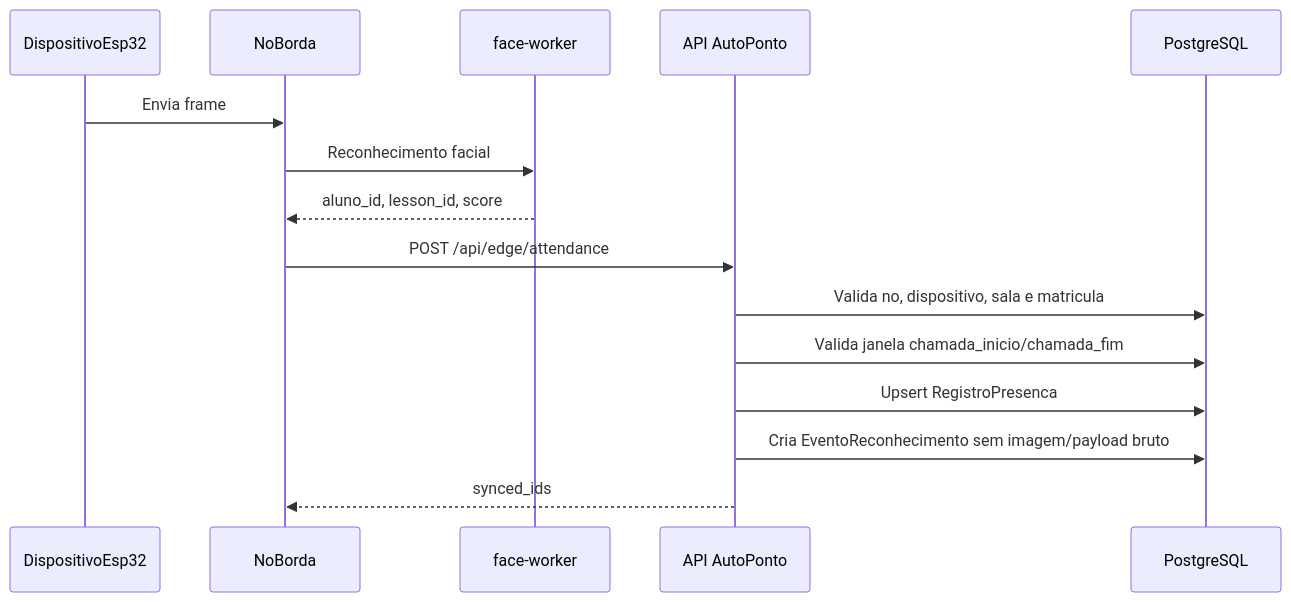
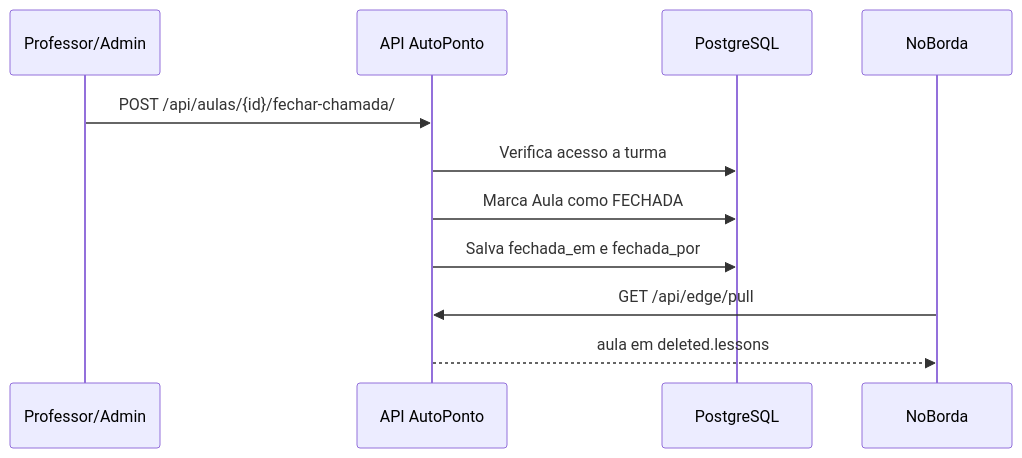
Before and after one commit to DanielKGM/autoponto: the seventh of 11 diagrams in autoponto-backend/docs/diagramas-tcc.md, drawn with Mermaid. The commit also changed other lines of this file and 42 other files, not shown here.

````diff
--- a/autoponto-backend/docs/diagramas-tcc.md
+++ b/autoponto-backend/docs/diagramas-tcc.md
@@ -223,18 +145,14 @@
 ```mermaid
 sequenceDiagram
-    participant ESP as DispositivoEsp32
-    participant Edge as NoBorda
-    participant Face as face-worker
+    participant Professor as Professor/Admin
     participant API as API AutoPonto
     participant DB as PostgreSQL
+    participant Edge as NoBorda
 
-    ESP->>Edge: Envia frame
-    Edge->>Face: Reconhecimento facial
-    Face-->>Edge: aluno_id, lesson_id, score
-    Edge->>API: POST /api/edge/attendance
-    API->>DB: Valida no, dispositivo, sala e matricula
-    API->>DB: Valida janela chamada_inicio/chamada_fim
-    API->>DB: Upsert RegistroPresenca
-    API->>DB: Cria EventoReconhecimento sem imagem/payload bruto
-    API-->>Edge: synced_ids
+    Professor->>API: POST /api/aulas/{id}/fechar-chamada/
+    API->>DB: Verifica acesso a turma
+    API->>DB: Marca Aula como FECHADA
+    API->>DB: Salva fechada_em e fechada_por
+    Edge->>API: GET /api/edge/pull
+    API-->>Edge: aula em deleted.lessons
 ```
````
